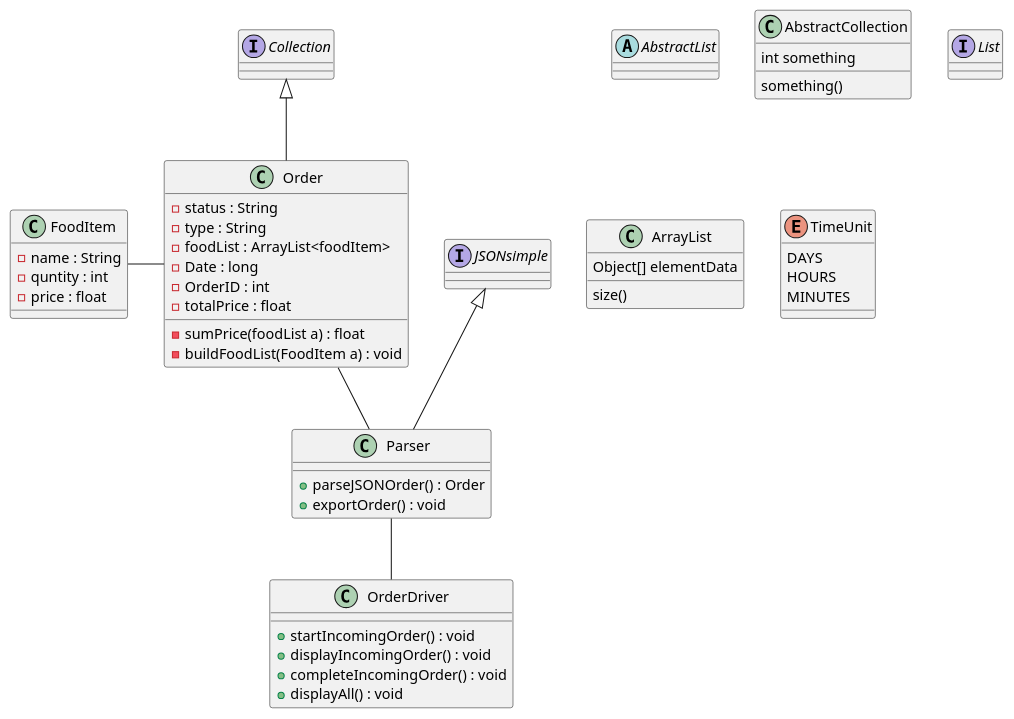
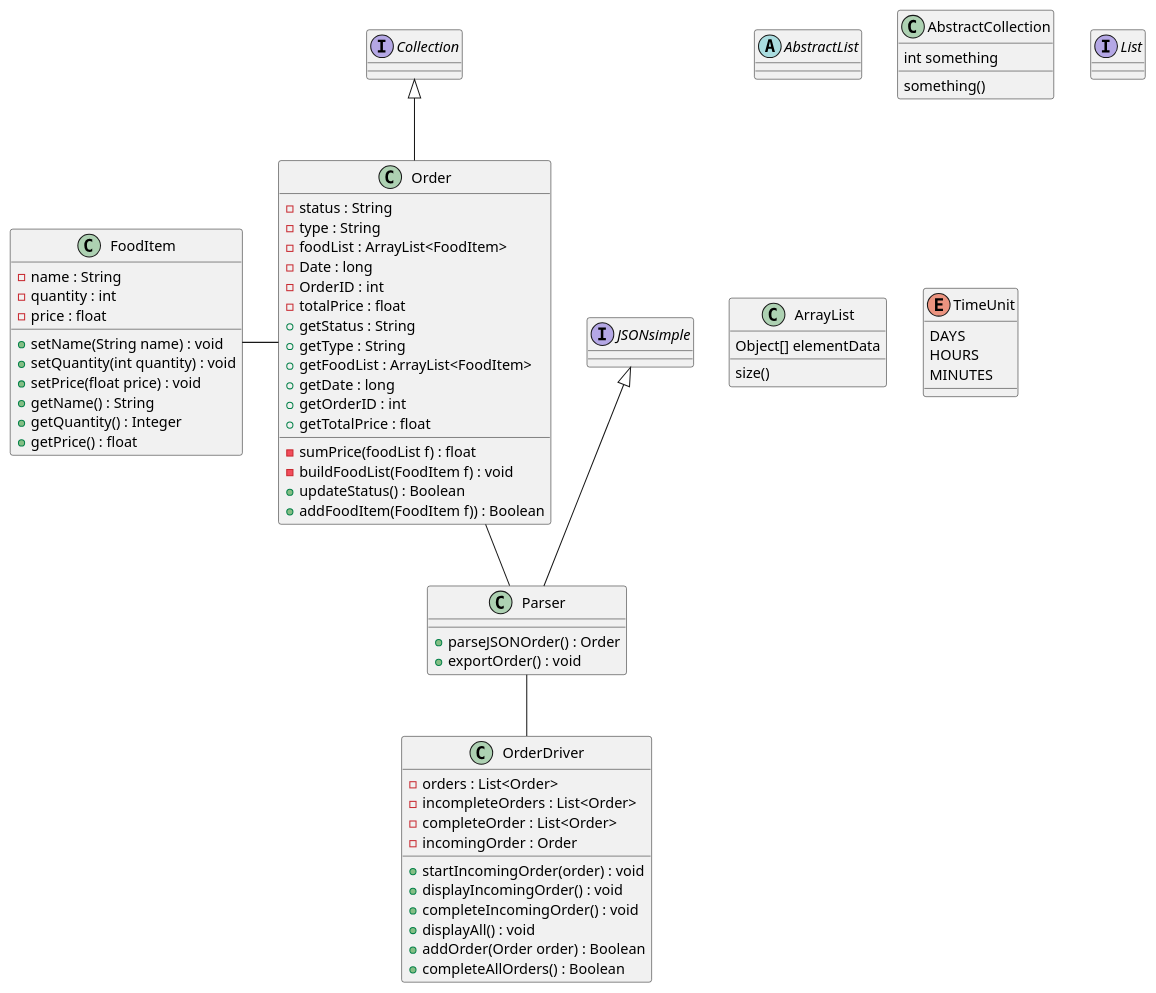
The diagram in ClassUMLDiagram.puml (aidanmahl/372GroupProject), drawn with PlantUML before and after one commit.

Commit message:
Updated UML classes added methods for FoodItem added methods for Order added attributes and methods for OrderDriver

```diff
--- a/ClassUMLDiagram.puml
+++ b/ClassUMLDiagram.puml
@@ -1,68 +1,93 @@
 @startuml
 'https://plantuml.com/class-diagram
 
 abstract class AbstractList
 abstract AbstractCollection
 class Parser
 class FoodItem
 class Order
 class OrderDriver
+/'
+9-19-2025 -Joseph
+I don't think we need to be documenting java util classes in here.
+We should only be documenting classes built in this package.
+If we need to describe a relationship our classes have, that belongs in that classes description no?
+'/
 interface List
 interface Collection
 interface JSONsimple
 
 
 JSONsimple <|-- Parser
 Collection <|-- Order
 Order -- Parser
 FoodItem - Order
 Parser -- OrderDriver
 
 class ArrayList {
 Object[] elementData
 size()
 }
 
 enum TimeUnit {
 DAYS
 HOURS
 MINUTES
 }
 
 class AbstractCollection {
 int something
 something()
 }
 
 class FoodItem {
 - name : String
-- quntity : int
+- quantity : int
 - price : float
++ setName(String name) : void
++ setQuantity(int quantity) : void
++ setPrice(float price) : void
++ getName() : String
++ getQuantity() : Integer
++ getPrice() : float
 }
 
 class Order {
 - status : String
 - type : String
-- foodList : ArrayList<foodItem>
+- foodList : ArrayList<FoodItem>
 - Date : long
 - OrderID : int
 - totalPrice : float
-- sumPrice(foodList a) : float
-- buildFoodList(FoodItem a) : void
+- sumPrice(foodList f) : float
+- buildFoodList(FoodItem f) : void
++ updateStatus() : Boolean
++ addFoodItem(FoodItem f)) : Boolean
++ getStatus : String
++ getType : String
++ getFoodList : ArrayList<FoodItem>
++ getDate : long
++ getOrderID : int
++ getTotalPrice : float
 }
 
 class Parser {
 + parseJSONOrder() : Order
 + exportOrder() : void
 }
 
 class OrderDriver {
-
-+ startIncomingOrder() : void
+- orders : List<Order>
+- incompleteOrders : List<Order>
+- completeOrder : List<Order>
+- incomingOrder : Order
++ startIncomingOrder(order) : void
 + displayIncomingOrder() : void
 + completeIncomingOrder() : void
 + displayAll() : void
++ addOrder(Order order) : Boolean
++ completeAllOrders() : Boolean
 }
 
 
 @enduml
```
